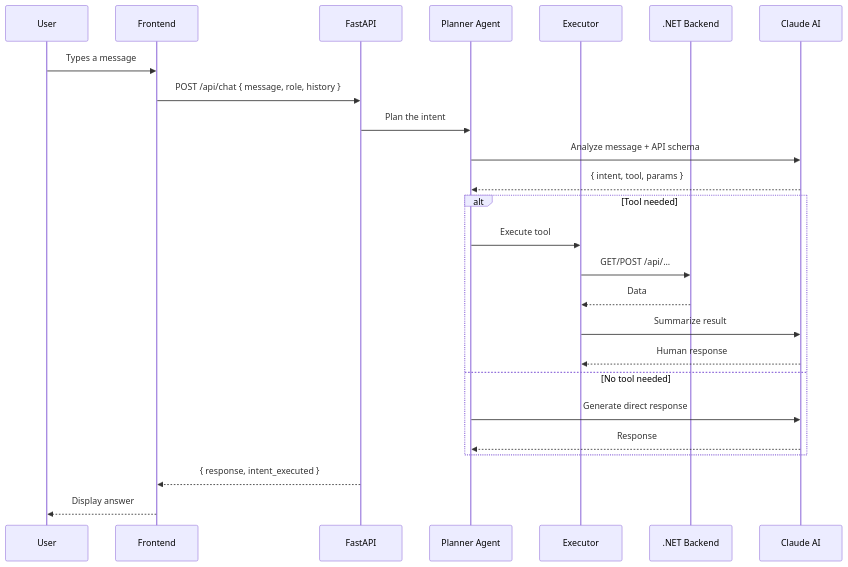
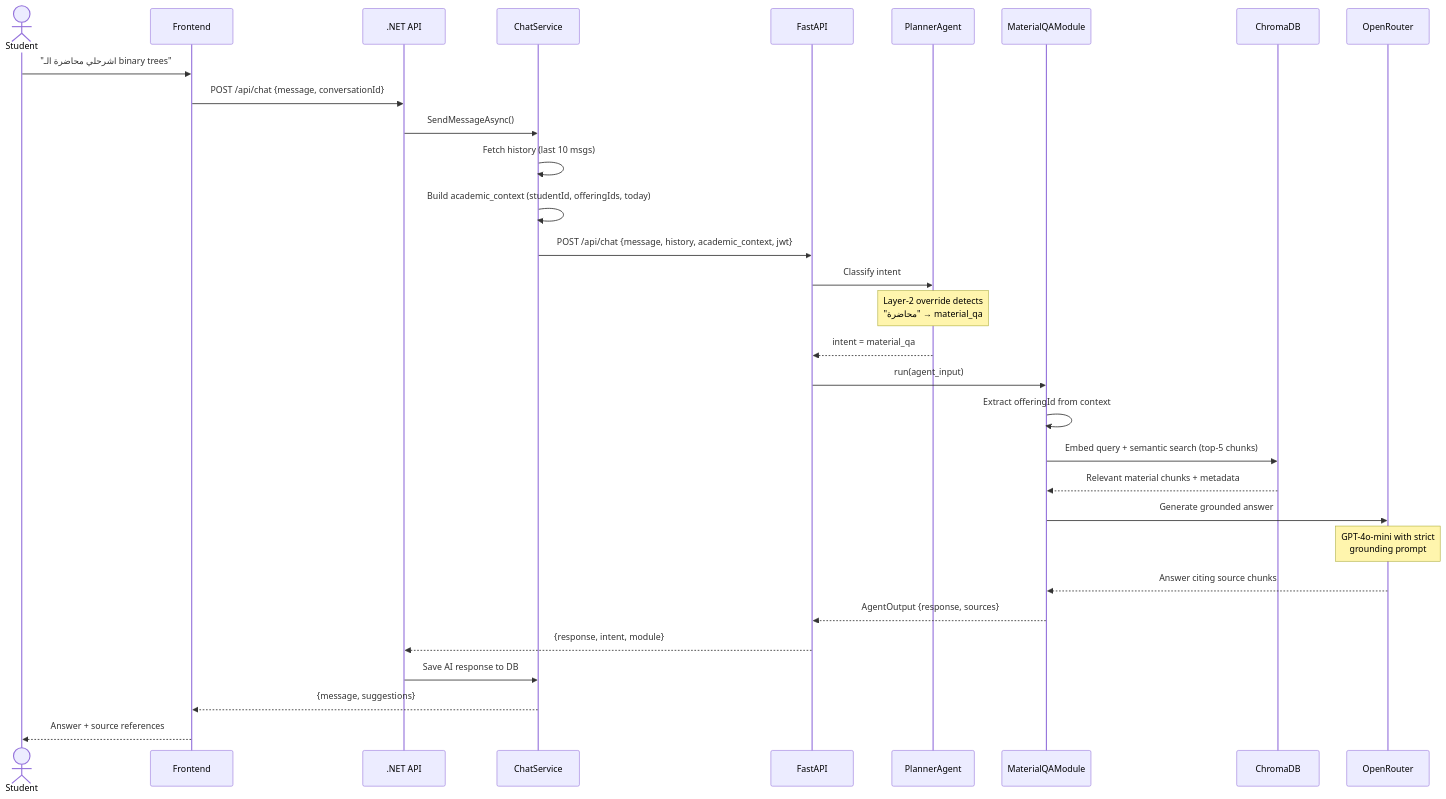
Before and after one commit to Mohamedmahmoud148/UniversityManagementSystem: the fifth of 12 diagrams in Project-Documentation/21-Diagrams/index.md, drawn with Mermaid. The commit also changed other lines of this file and 33 other files, not shown here.

````diff
--- a/Project-Documentation/21-Diagrams/index.md
+++ b/Project-Documentation/21-Diagrams/index.md
@@ -145,30 +375,38 @@
 ```mermaid
 sequenceDiagram
-    participant U as User
-    participant FE as Frontend
-    participant FA as FastAPI
-    participant PL as Planner Agent
-    participant EX as Executor
-    participant BE as .NET Backend
-    participant CL as Claude AI
+  actor Student
+  participant Frontend
+  participant .NET API
+  participant ChatService
+  participant FastAPI
+  participant PlannerAgent
+  participant MaterialQAModule
+  participant ChromaDB
+  participant OpenRouter
 
-    U->>FE: Types a message
-    FE->>FA: POST /api/chat { message, role, history }
-    FA->>PL: Plan the intent
-    PL->>CL: Analyze message + API schema
-    CL-->>PL: { intent, tool, params }
+  Student->>Frontend: "اشرحلي محاضرة الـ binary trees"
+  Frontend->>.NET API: POST /api/chat {message, conversationId}
+  .NET API->>ChatService: SendMessageAsync()
+  ChatService->>ChatService: Fetch history (last 10 msgs)
+  ChatService->>ChatService: Build academic_context (studentId, offeringIds, today)
+  ChatService->>FastAPI: POST /api/chat {message, history, academic_context, jwt}
 
-    alt Tool needed
-        PL->>EX: Execute tool
-        EX->>BE: GET/POST /api/...
-        BE-->>EX: Data
-        EX->>CL: Summarize result
-        CL-->>EX: Human response
-    else No tool needed
-        PL->>CL: Generate direct response
-        CL-->>PL: Response
-    end
+  FastAPI->>PlannerAgent: Classify intent
+  Note over PlannerAgent: Layer-2 override detects<br/>"محاضرة" → material_qa
+  PlannerAgent-->>FastAPI: intent = material_qa
 
-    FA-->>FE: { response, intent_executed }
-    FE-->>U: Display answer
+  FastAPI->>MaterialQAModule: run(agent_input)
+  MaterialQAModule->>MaterialQAModule: Extract offeringId from context
+  MaterialQAModule->>ChromaDB: Embed query + semantic search (top-5 chunks)
+  ChromaDB-->>MaterialQAModule: Relevant material chunks + metadata
+
+  MaterialQAModule->>OpenRouter: Generate grounded answer
+  Note over OpenRouter: GPT-4o-mini with strict<br/>grounding prompt
+  OpenRouter-->>MaterialQAModule: Answer citing source chunks
+
+  MaterialQAModule-->>FastAPI: AgentOutput {response, sources}
+  FastAPI-->>.NET API: {response, intent, module}
+  .NET API->>ChatService: Save AI response to DB
+  ChatService-->>Frontend: {message, suggestions}
+  Frontend-->>Student: Answer + source references
 ```
````
